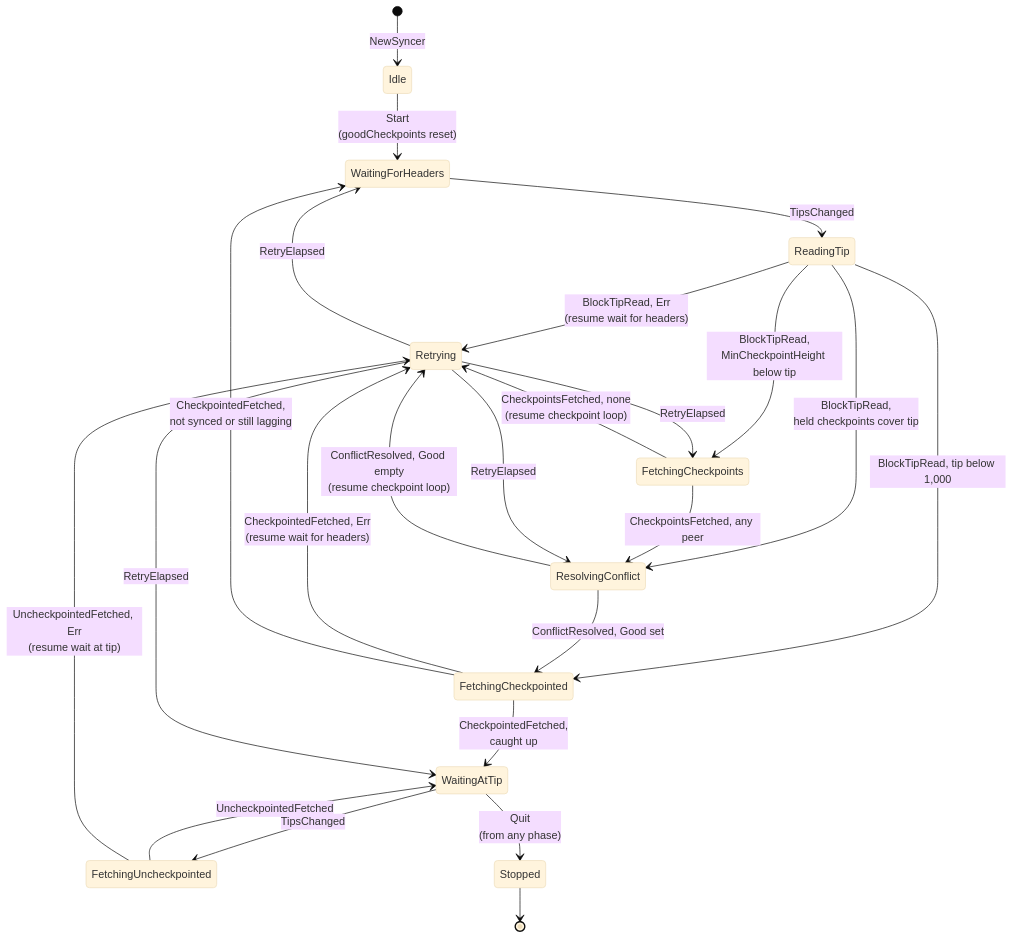
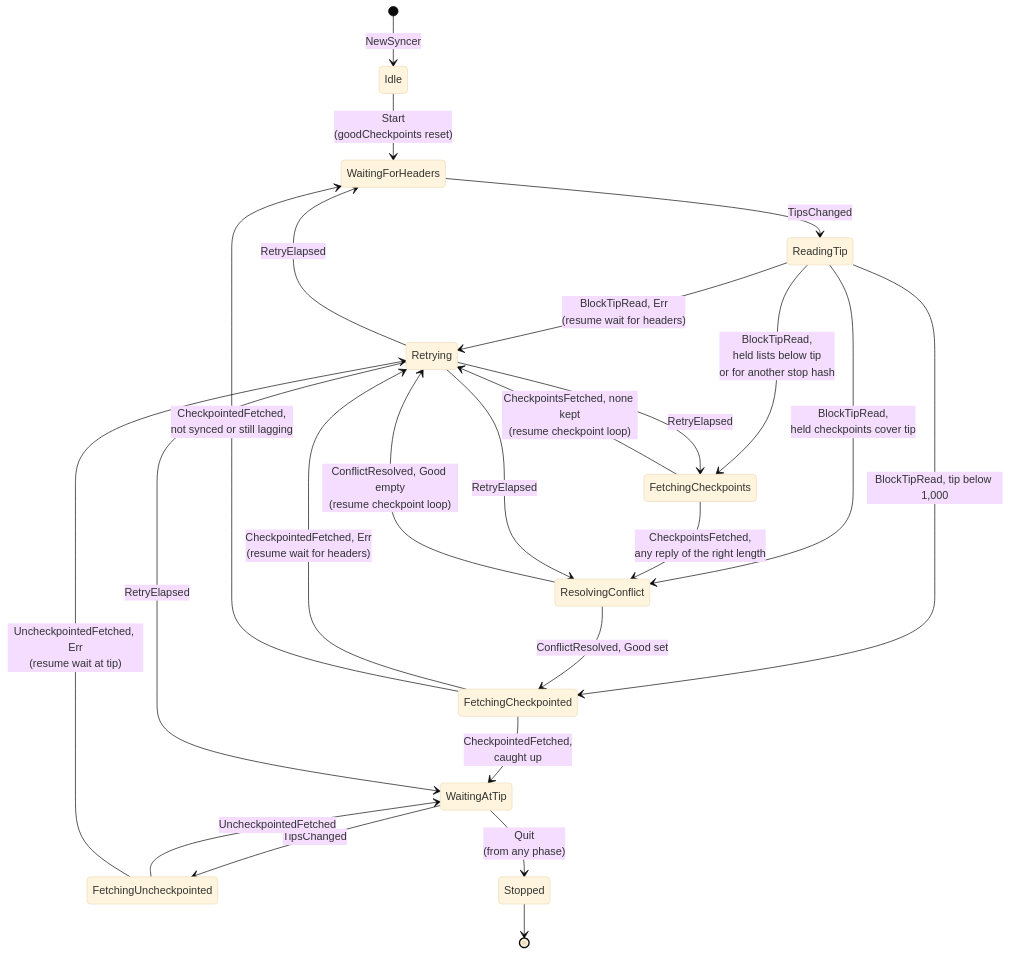
The third of 5 diagrams in docs/filtersync-architecture.md (lightninglabs/neutrino), drawn with Mermaid (base theme) before and after one commit. The commit also changed other lines of this file and 6 other files, not shown here.

First line of the commit message:
filtersync: bind cfcheckpt replies to the stop block they answer for

````diff
--- a/docs/filtersync-architecture.md
+++ b/docs/filtersync-architecture.md
@@ -156,26 +156,26 @@
 ```mermaid
 stateDiagram-v2
     [*] --> Idle: NewSyncer
     Idle --> WaitingForHeaders: Start<br/>(goodCheckpoints reset)
     WaitingForHeaders --> ReadingTip: TipsChanged
     ReadingTip --> Retrying: BlockTipRead, Err<br/>(resume wait for headers)
     ReadingTip --> FetchingCheckpointed: BlockTipRead, tip below 1,000
-    ReadingTip --> FetchingCheckpoints: BlockTipRead,<br/>MinCheckpointHeight below tip
+    ReadingTip --> FetchingCheckpoints: BlockTipRead,<br/>held lists below tip<br/>or for another stop hash
     ReadingTip --> ResolvingConflict: BlockTipRead,<br/>held checkpoints cover tip
-    FetchingCheckpoints --> ResolvingConflict: CheckpointsFetched, any peer
-    FetchingCheckpoints --> Retrying: CheckpointsFetched, none<br/>(resume checkpoint loop)
+    FetchingCheckpoints --> ResolvingConflict: CheckpointsFetched,<br/>any reply of the right length
+    FetchingCheckpoints --> Retrying: CheckpointsFetched, none kept<br/>(resume checkpoint loop)
     ResolvingConflict --> FetchingCheckpointed: ConflictResolved, Good set
     ResolvingConflict --> Retrying: ConflictResolved, Good empty<br/>(resume checkpoint loop)
     FetchingCheckpointed --> Retrying: CheckpointedFetched, Err<br/>(resume wait for headers)
     FetchingCheckpointed --> WaitingForHeaders: CheckpointedFetched,<br/>not synced or still lagging
     FetchingCheckpointed --> WaitingAtTip: CheckpointedFetched,<br/>caught up
     WaitingAtTip --> FetchingUncheckpointed: TipsChanged
     FetchingUncheckpointed --> WaitingAtTip: UncheckpointedFetched
     FetchingUncheckpointed --> Retrying: UncheckpointedFetched, Err<br/>(resume wait at tip)
     Retrying --> WaitingForHeaders: RetryElapsed
     Retrying --> FetchingCheckpoints: RetryElapsed
     Retrying --> ResolvingConflict: RetryElapsed
     Retrying --> WaitingAtTip: RetryElapsed
     WaitingAtTip --> Stopped: Quit<br/>(from any phase)
     Stopped --> [*]
 ```
````
